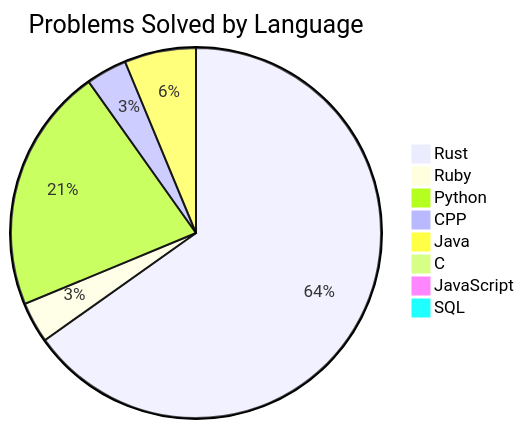
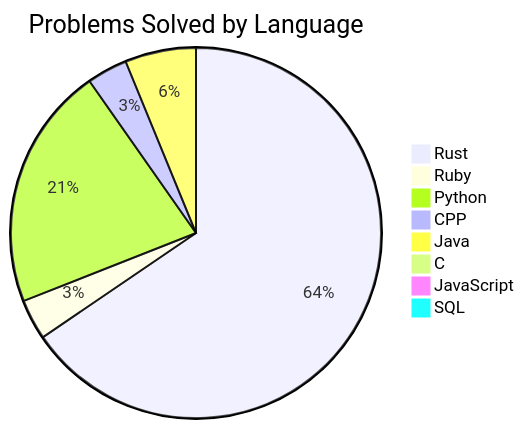
One commit to Liam-Wirth/leetcode-solutions changed the second of 2 diagrams in README.md. Above: the diagram before and after it, drawn with Mermaid. The commit also changed other lines of this file and 5 other files, not shown here.

````diff
--- a/README.md
+++ b/README.md
@@ -46,11 +46,11 @@
 ```mermaid
 pie title Problems Solved by Language
-    "Rust": 146
+    "Rust": 148
     "Ruby": 8
     "Python": 48
     "CPP": 8
     "Java": 14
     "C": 1
     "JavaScript": 2
     "SQL": 2
 ```
````
